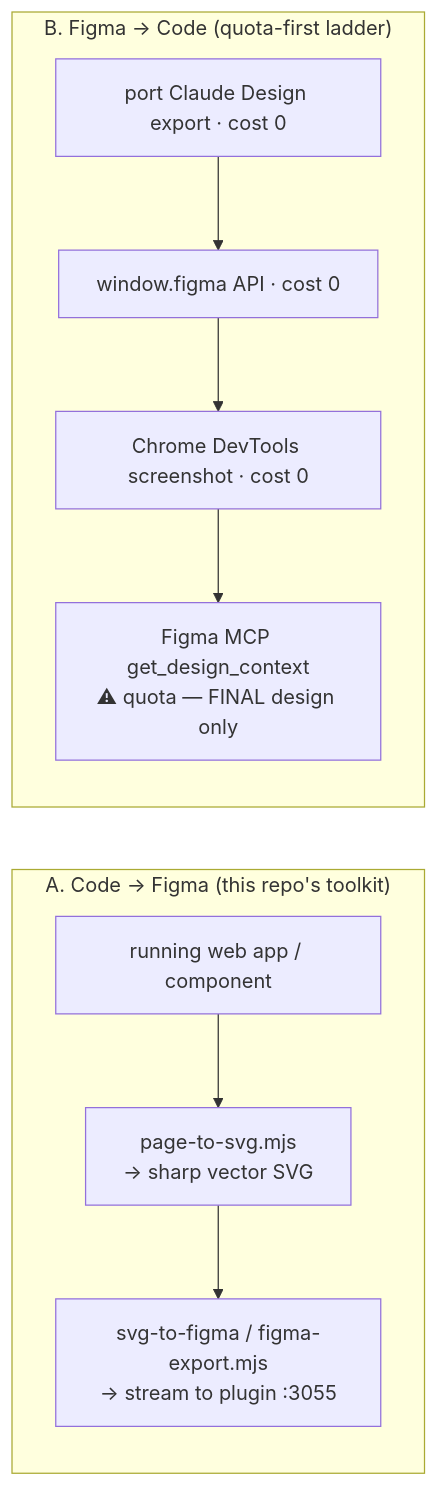
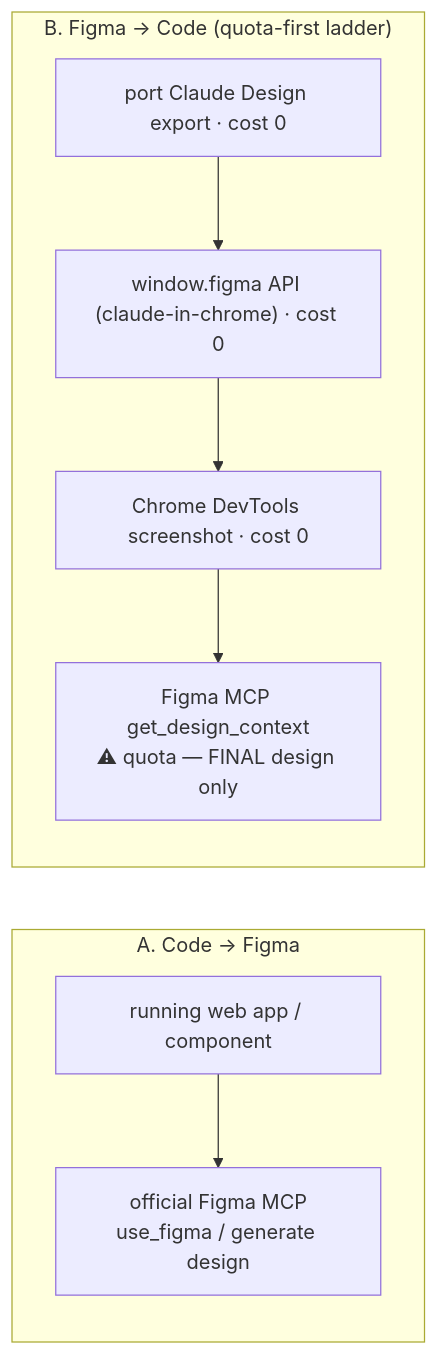
Before and after one commit to HenriGeorge/Yannick: diagram 12 of 15 in docs/OVERVIEW.md, drawn with Mermaid. The commit also changed other lines of this file and 7 other files, not shown here.

````diff
--- a/docs/OVERVIEW.md
+++ b/docs/OVERVIEW.md
@@ -243,12 +250,11 @@
 ```mermaid
 flowchart LR
-    subgraph code2fig["A. Code → Figma (this repo's toolkit)"]
-      App["running web app / component"] --> SVG["page-to-svg.mjs<br/>→ sharp vector SVG"]
-      SVG --> Push["svg-to-figma / figma-export.mjs<br/>→ stream to plugin :3055"]
+    subgraph code2fig["A. Code → Figma"]
+      App["running web app / component"] --> MCPUP["official Figma MCP<br/>use_figma / generate design"]
     end
     subgraph fig2code["B. Figma → Code (quota-first ladder)"]
-      Port["port Claude Design export · cost 0"] --> WAPI["window.figma API · cost 0"]
+      Port["port Claude Design export · cost 0"] --> WAPI["window.figma API (claude-in-chrome) · cost 0"]
       WAPI --> Shot["Chrome DevTools screenshot · cost 0"]
       Shot --> MCP["Figma MCP get_design_context<br/>⚠ quota — FINAL design only"]
     end
 ```
````
